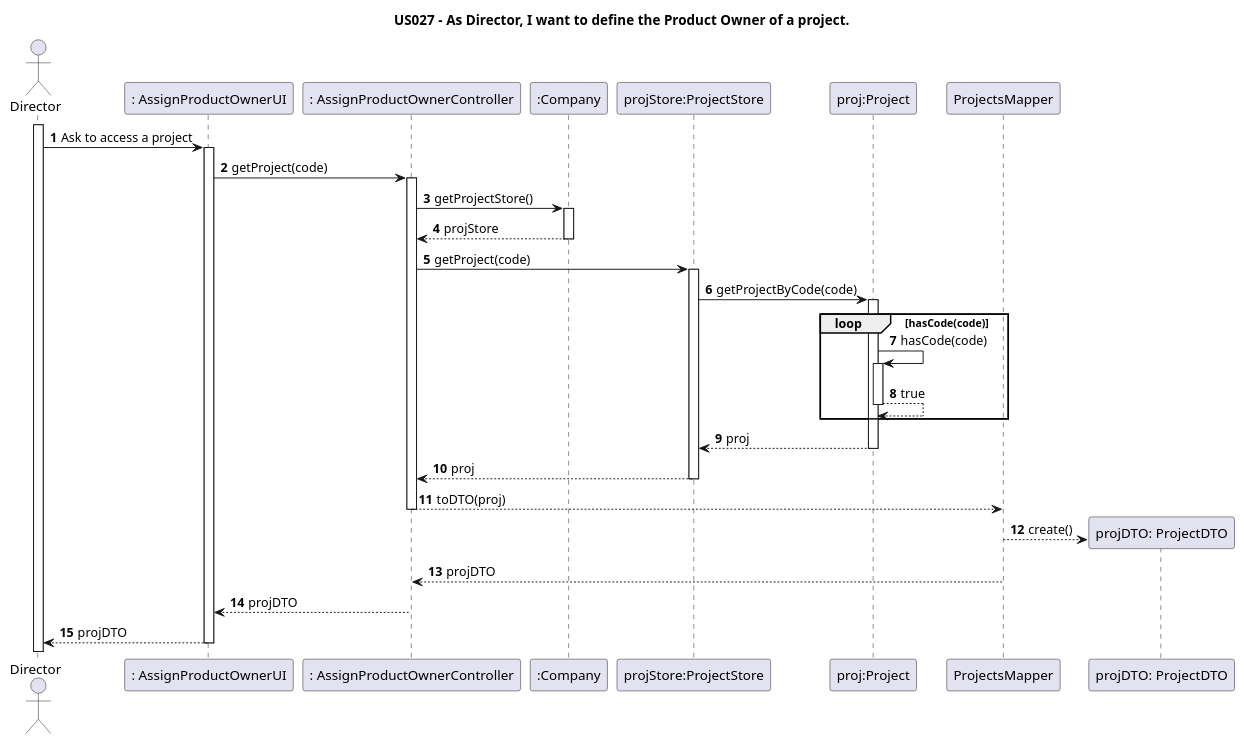
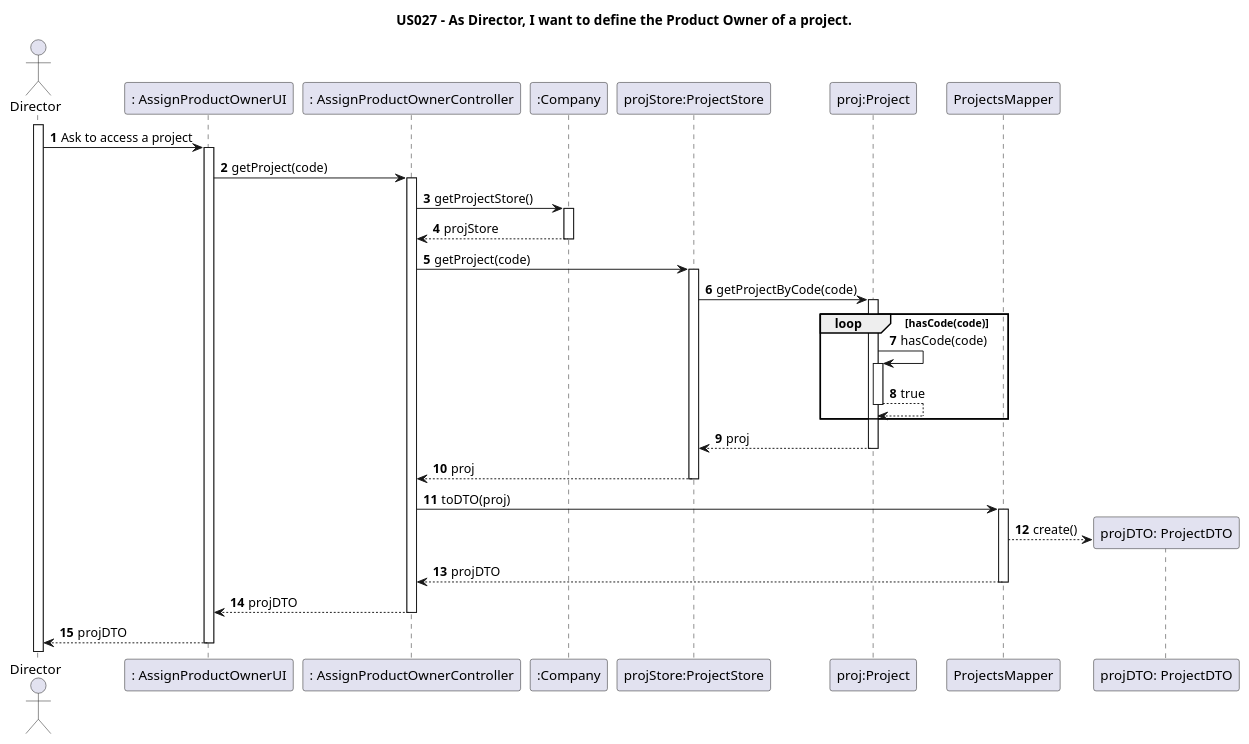
Before and after one commit to nunogon1211787/projectManagement: the diagram in docs/Sprint3/US027/US027-SD-getProject().puml, drawn with PlantUML. The commit also changed 14 other files, not shown here.

```diff
--- a/docs/Sprint3/US027/US027-SD-getProject().puml
+++ b/docs/Sprint3/US027/US027-SD-getProject().puml
@@ -1,39 +1,39 @@
 @startuml
 
 title "US027 - As Director, I want to define the Product Owner of a project."
 
 autoactivate on
 autonumber
 
 actor "Director" as Director
 participant ": AssignProductOwnerUI" as UI
 participant ": AssignProductOwnerController" as Controller
 participant ":Company" as Company
 participant "projStore:ProjectStore" as ProjectStore
 participant "proj:Project" as Project
 participant "ProjectsMapper" as ProjectsMapper
 participant "projDTO: ProjectDTO" as ProjectDTO
 
 
 activate Director
 
 Director -> UI: Ask to access a project
 UI -> Controller: getProject(code)
 Controller -> Company: getProjectStore()
 return projStore
 Controller -> ProjectStore: getProject(code)
 ProjectStore -> Project:getProjectByCode(code)
     loop hasCode(code)
         Project -> Project: hasCode(code)
         return true
     end
 return proj
 return proj
-Controller --> ProjectsMapper: toDTO(proj)
+Controller -> ProjectsMapper: toDTO(proj)
 ProjectsMapper --> ProjectDTO**: create()
-deactivate ProjectsMapper
+deactivate ProjectDTO
 ProjectsMapper --> Controller: projDTO
 Controller --> UI: projDTO
 UI --> Director: projDTO
 
 @enduml
```
